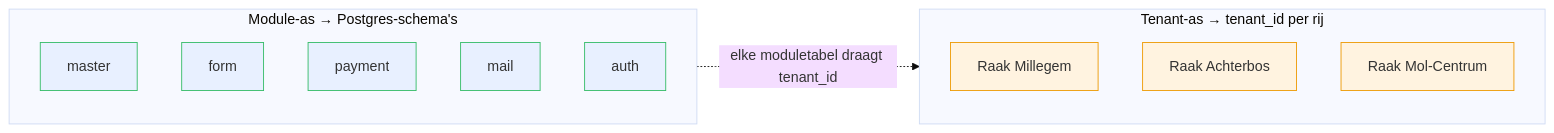
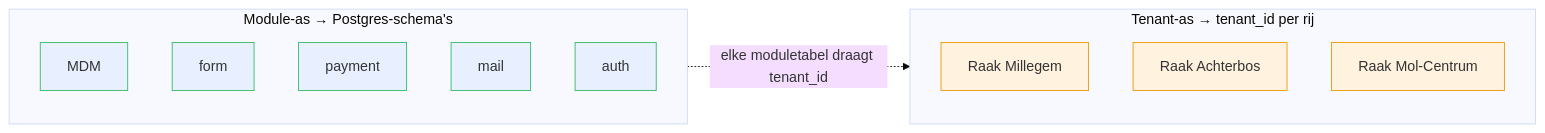
One commit to KoenRenders/KoenTest changed the first of 10 diagrams in docs/intermediate-architecture-upgrade-v1.md. Above: the diagram before and after it, drawn with Mermaid (base theme). The commit also changed other lines of this file, not shown here.

First line of the commit message:
docs: architecture v1 — componenten scherpgesteld + master→MDM

````diff
--- a/docs/intermediate-architecture-upgrade-v1.md
+++ b/docs/intermediate-architecture-upgrade-v1.md
@@ -51,18 +51,18 @@
 ```mermaid
 flowchart LR
   subgraph Modules["Module-as → Postgres-schema's"]
-    M1[master]:::m
+    M1[MDM]:::m
     M2[form]:::m
     M3[payment]:::m
     M4[mail]:::m
     M5[auth]:::m
   end
   subgraph Tenants["Tenant-as → tenant_id per rij"]
     T1[Raak Millegem]:::t
     T2[Raak Achterbos]:::t
     T3[Raak Mol-Centrum]:::t
   end
   Modules -. elke moduletabel draagt tenant_id .-> Tenants
   classDef m fill:#e8f0ff,stroke:#3b6;
   classDef t fill:#fff3e0,stroke:#e90;
 ```
````
